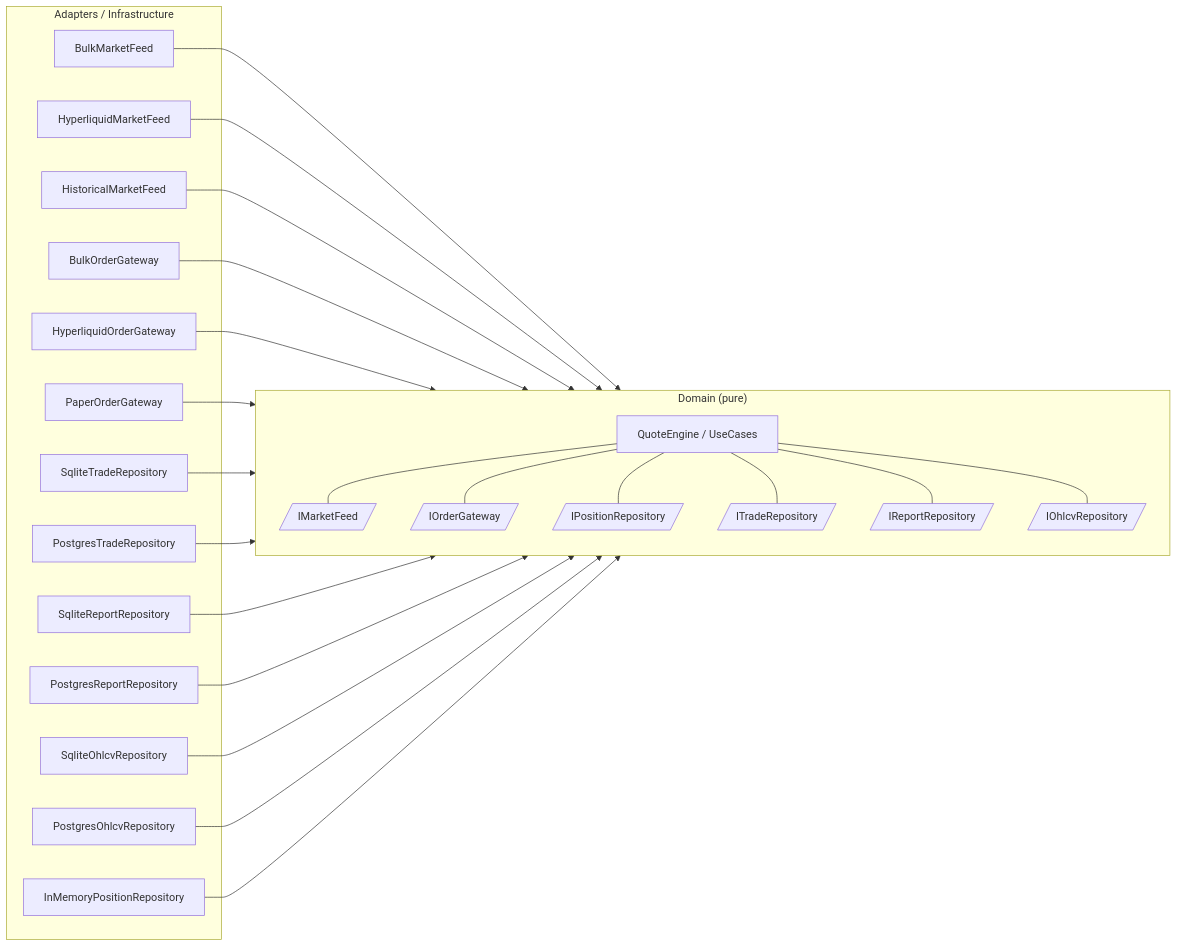
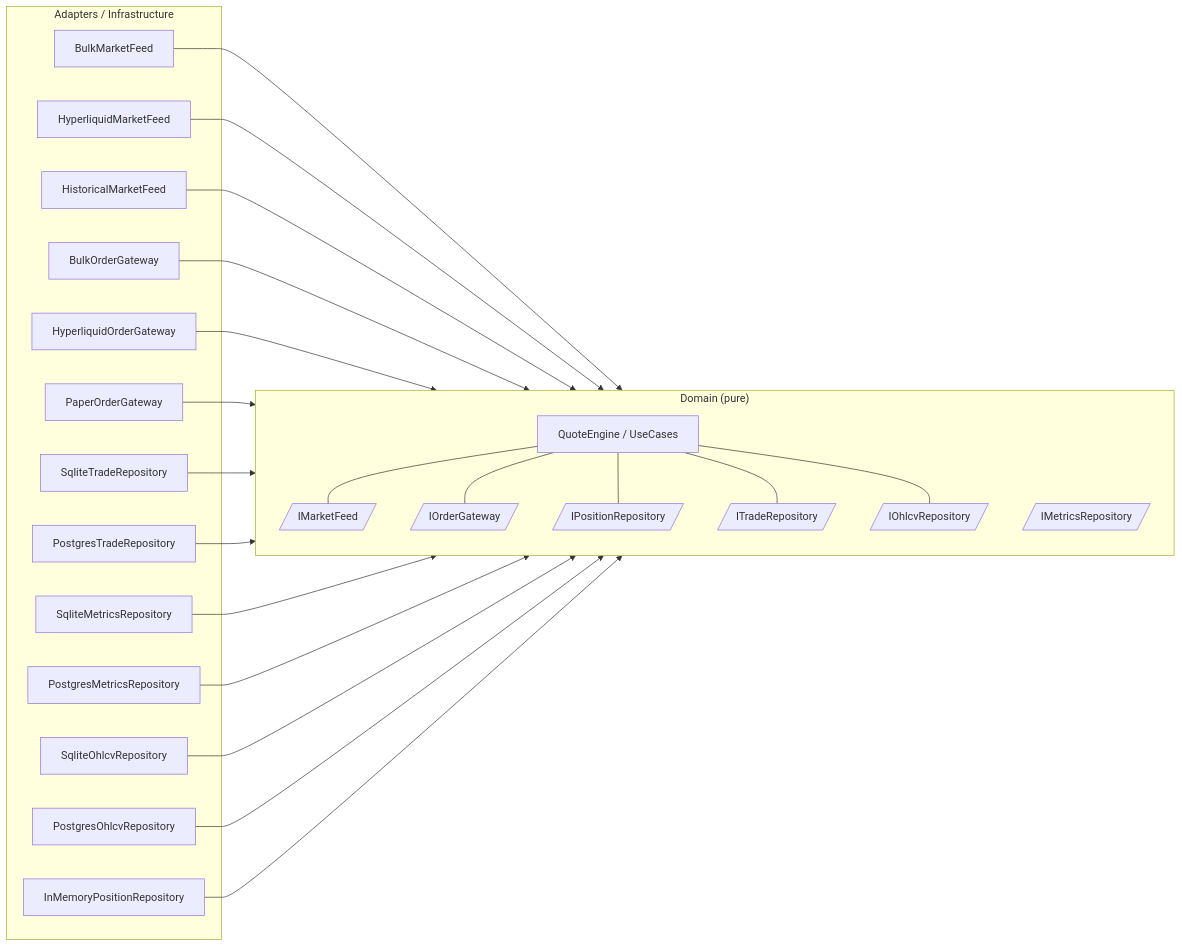
The fifth of 8 diagrams in docs/ARCHITECTURE.md (posaune0423/simple-mm-bot), drawn with Mermaid before and after one commit. The commit also changed other lines of this file and 86 other files, not shown here.

````diff
--- a/docs/ARCHITECTURE.md
+++ b/docs/ARCHITECTURE.md
@@ -238,33 +238,33 @@
 ```mermaid
 flowchart LR
     subgraph Domain["Domain (pure)"]
         direction TB
         QE["QuoteEngine / UseCases"]
         IMF[/"IMarketFeed"/]
         IOG[/"IOrderGateway"/]
         ITR[/"ITradeRepository"/]
-        IRR[/"IReportRepository"/]
+        IMR[/"IMetricsRepository"/]
         IOR[/"IOhlcvRepository"/]
         IPR[/"IPositionRepository"/]
         QE --- IMF & IOG & IPR
-        QE --- ITR & IRR & IOR
+        QE --- ITR & IOR
     end
 
     subgraph Outside["Adapters / Infrastructure"]
         BMF["BulkMarketFeed"] --> IMF
         HMF["HyperliquidMarketFeed"] --> IMF
         HistF["HistoricalMarketFeed"] --> IMF
 
         BOG["BulkOrderGateway"] --> IOG
         HOG["HyperliquidOrderGateway"] --> IOG
         POG["PaperOrderGateway"] --> IOG
 
         SqTrade["SqliteTradeRepository"] --> ITR
         PgTrade["PostgresTradeRepository"] --> ITR
-        SqRep["SqliteReportRepository"] --> IRR
-        PgRep["PostgresReportRepository"] --> IRR
+        SqMetrics["SqliteMetricsRepository"] --> IMR
+        PgMetrics["PostgresMetricsRepository"] --> IMR
         SqOhlcv["SqliteOhlcvRepository"] --> IOR
         PgOhlcv["PostgresOhlcvRepository"] --> IOR
         Mem["InMemoryPositionRepository"] --> IPR
     end
 ```
````
